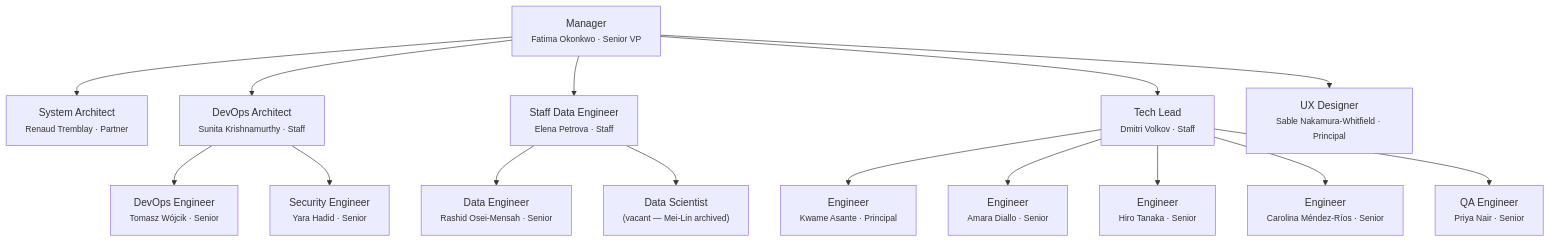
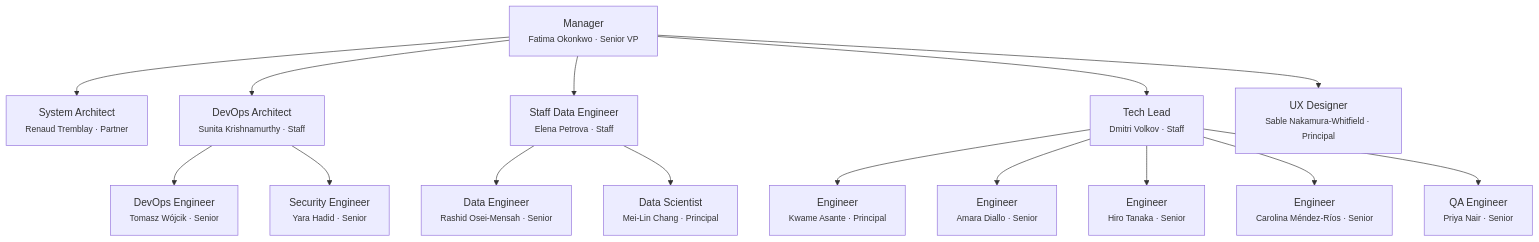
The diagram in .claude/team/charter.md (noorinalabs/isnad-graph), drawn with Mermaid before and after one commit. The commit also changed 1 other file, not shown here.

Commit message:
chore(team): reactivate Mei-Lin Chang for Phase 12 historical enrichment
- Update charter org chart: Data Scientist slot restored (was vacant)
- Update CLAUDE.md team table with Mei-Lin Chang

````diff
--- a/.claude/team/charter.md
+++ b/.claude/team/charter.md
@@ -120,23 +120,23 @@
 ```mermaid
 graph TD
     MGR["Manager<br/><small>Fatima Okonkwo · Senior VP</small>"]
 
     MGR --> SA["System Architect<br/><small>Renaud Tremblay · Partner</small>"]
     MGR --> DA["DevOps Architect<br/><small>Sunita Krishnamurthy · Staff</small>"]
     MGR --> DE_LEAD["Staff Data Engineer<br/><small>Elena Petrova · Staff</small>"]
     MGR --> TL["Tech Lead<br/><small>Dmitri Volkov · Staff</small>"]
 
     DA --> DEVOPS["DevOps Engineer<br/><small>Tomasz Wójcik · Senior</small>"]
     DA --> SEC["Security Engineer<br/><small>Yara Hadid · Senior</small>"]
 
     DE_LEAD --> D1["Data Engineer<br/><small>Rashid Osei-Mensah · Senior</small>"]
-    DE_LEAD --> D2["Data Scientist<br/><small>(vacant — Mei-Lin archived)</small>"]
+    DE_LEAD --> D2["Data Scientist<br/><small>Mei-Lin Chang · Principal</small>"]
 
     TL --> E1["Engineer<br/><small>Kwame Asante · Principal</small>"]
     TL --> E2["Engineer<br/><small>Amara Diallo · Senior</small>"]
     TL --> E3["Engineer<br/><small>Hiro Tanaka · Senior</small>"]
     TL --> E4["Engineer<br/><small>Carolina Méndez-Ríos · Senior</small>"]
     TL --> QA["QA Engineer<br/><small>Priya Nair · Senior</small>"]
 
     MGR --> UX["UX Designer<br/><small>Sable Nakamura-Whitfield · Principal</small>"]
 ```
````
